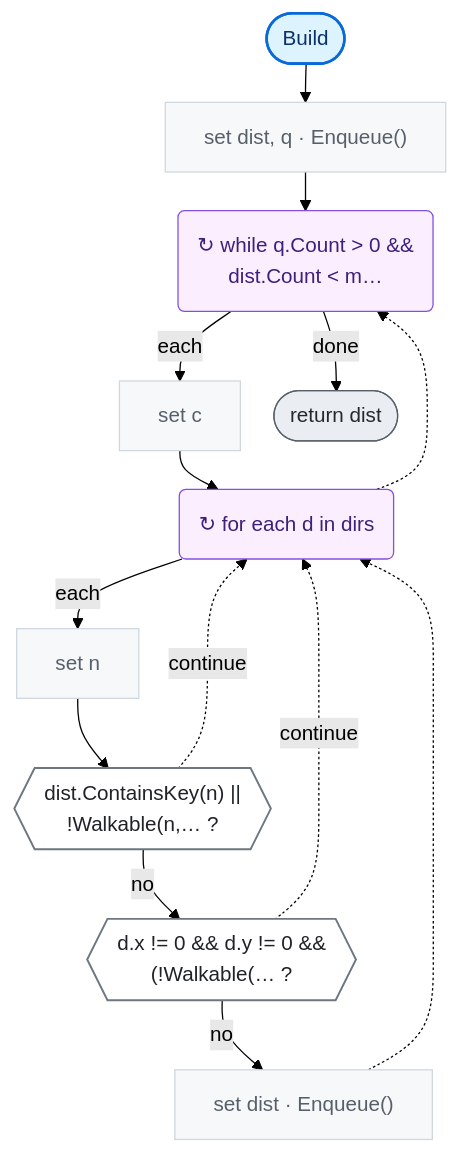
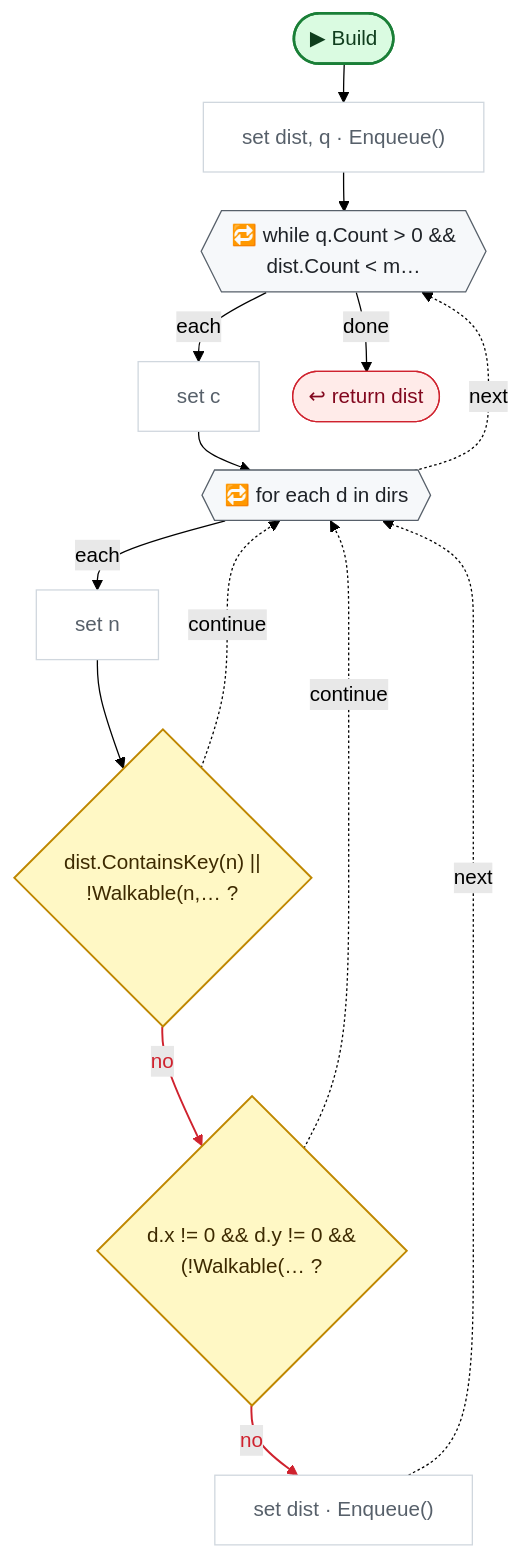
Before and after one commit to nataiai/Lord-of-the-Dungeon: the ninth of 14 diagrams in CodeGraph~/graph/AI/PathFinding.cs.md, drawn with Mermaid (forest theme). The commit also changed other lines of this file and 44 other files, not shown here.

````diff
--- a/CodeGraph~/graph/AI/PathFinding.cs.md
+++ b/CodeGraph~/graph/AI/PathFinding.cs.md
@@ -502,48 +544,54 @@
 ```mermaid
 ---
 config:
   flowchart:
     wrappingWidth: 260
     nodeSpacing: 26
     rankSpacing: 30
 ---
 flowchart TD
-  nS(["Build"])
+  nS(["▶ Build"])
   nc6dbb2["set dist, q · Enqueue()"]
-  ne5f186("  ↻ while q.Count #62; 0 #38;#38;<br>dist.Count #60; m…  ")
+  ne5f186{{"🔁 while q.Count #62; 0 #38;#38;<br>dist.Count #60; m…"}}
   na6b5d3["set c"]
-  nc7498f("  ↻ for each d in dirs  ")
+  nc7498f{{"🔁 for each d in dirs"}}
   n739e6a["set n"]
-  n472189{{"dist.ContainsKey(n) #124;#124;<br>!Walkable(n,… ?"}}
-  n8ed550{{"d.x != 0 #38;#38; d.y != 0 #38;#38;<br>(!Walkable(… ?"}}
+  n472189{"dist.ContainsKey(n) #124;#124;<br>!Walkable(n,… ?"}
+  n8ed550{"d.x != 0 #38;#38; d.y != 0 #38;#38;<br>(!Walkable(… ?"}
   n586b77["set dist · Enqueue()"]
-  na48d4c(["return dist"])
+  na48d4c(["↩ return dist"])
   nS --> nc6dbb2
   nc6dbb2 --> ne5f186
   ne5f186 -->|each| na6b5d3
   na6b5d3 --> nc7498f
   nc7498f -->|each| n739e6a
   n739e6a --> n472189
   n472189 -.->|continue| nc7498f
   n472189 -->|no| n8ed550
   n8ed550 -.->|continue| nc7498f
   n8ed550 -->|no| n586b77
-  n586b77 -.-> nc7498f
-  nc7498f -.-> ne5f186
+  n586b77 -.->|next| nc7498f
+  nc7498f -.->|next| ne5f186
   ne5f186 -->|done| na48d4c
-  classDef unity fill:#fff1c2,stroke:#9a6700,stroke-width:2px,color:#3b2300
-  classDef start fill:#ddf4ff,stroke:#0969da,stroke-width:2px,color:#0a3069
-  classDef calc fill:#f6f8fa,stroke:#d0d7de,color:#57606a
-  classDef calls fill:#ffffff,stroke:#0969da,stroke-width:2.5px,color:#0a3069
-  classDef cond fill:#ffffff,stroke:#6e7781,stroke-width:1.5px,color:#1f2328
-  classDef loop fill:#fbefff,stroke:#8250df,color:#3e1f79
-  classDef exit fill:#eaeef2,stroke:#57606a,color:#24292f
-  classDef wait fill:#fff8f0,stroke:#bc4c00,color:#4d1d00
+  linkStyle 7 stroke:#cf222e,stroke-width:1.5px,color:#cf222e
+  linkStyle 9 stroke:#cf222e,stroke-width:1.5px,color:#cf222e
+  classDef unity fill:#dafbe1,stroke:#1a7f37,stroke-width:2px,color:#0f3d1d
+  classDef start fill:#dafbe1,stroke:#1a7f37,stroke-width:2px,color:#0f3d1d
+  classDef calc fill:#ffffff,stroke:#d0d7de,color:#57606a
+  classDef calls fill:#ddf4ff,stroke:#0969da,stroke-width:2px,color:#0a3069
+  classDef ext fill:#ddf4ff,stroke:#0969da,stroke-width:2px,stroke-dasharray:5 3,color:#0a3069
+  classDef cond fill:#fff8c5,stroke:#bf8700,stroke-width:1.5px,color:#3d2a00
+  classDef loop fill:#f6f8fa,stroke:#57606a,color:#1f2328
+  classDef exit fill:#ffebe9,stroke:#cf222e,color:#82071e
+  classDef kill fill:#ffebe9,stroke:#cf222e,stroke-width:2px,color:#82071e
+  classDef spawn fill:#dafbe1,stroke:#1a7f37,stroke-width:2px,color:#0f3d1d
+  classDef wait fill:#fff1e5,stroke:#bc4c00,color:#4d1d00
   classDef fin fill:#eaeef2,stroke:#8c959f,color:#57606a
   classDef join fill:#d0d7de,stroke:#8c959f,color:#57606a
+  classDef ghdr fill:#f5f9ff,stroke:#f5f9ff,color:#0a3069,font-weight:bold
   class nc6dbb2,na6b5d3,n739e6a,n586b77 calc
   class n472189,n8ed550 cond
   class na48d4c exit
   class ne5f186,nc7498f loop
   class nS start
 ```
````
